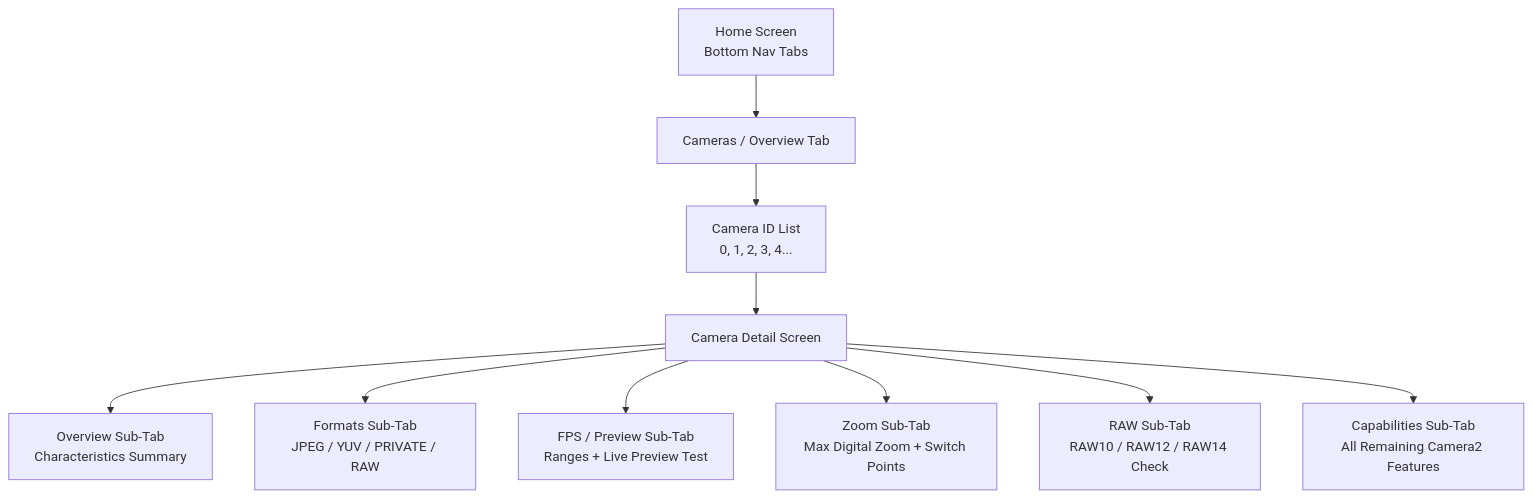
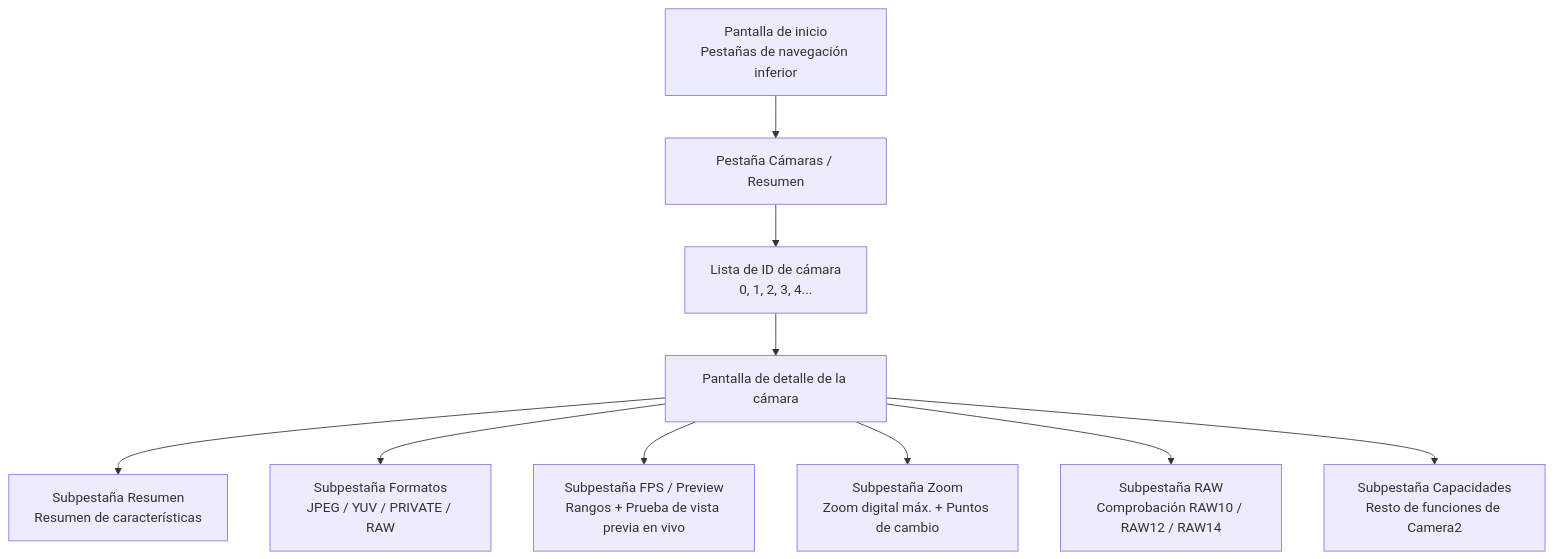
The second of 2 diagrams in website/i18n/es/docusaurus-plugin-content-docs/current/camera2/exploring-your-phones-camera.md (zoozooll/AndroidCameraParameters), drawn with Mermaid before and after one commit. The commit also changed other lines of this file and 378 other files, not shown here.

````diff
--- a/website/i18n/es/docusaurus-plugin-content-docs/current/camera2/exploring-your-phones-camera.md
+++ b/website/i18n/es/docusaurus-plugin-content-docs/current/camera2/exploring-your-phones-camera.md
@@ -204,12 +204,12 @@
 ```mermaid
 flowchart TD
-    A[Home Screen\nBottom Nav Tabs] --> B[Cameras / Overview Tab]
-    B --> C[Camera ID List\n0, 1, 2, 3, 4...]
-    C --> D[Camera Detail Screen]
-    D --> E[Overview Sub-Tab\nCharacteristics Summary]
-    D --> F[Formats Sub-Tab\nJPEG / YUV / PRIVATE / RAW]
-    D --> G[FPS / Preview Sub-Tab\nRanges + Live Preview Test]
-    D --> H[Zoom Sub-Tab\nMax Digital Zoom + Switch Points]
-    D --> I[RAW Sub-Tab\nRAW10 / RAW12 / RAW14 Check]
-    D --> J[Capabilities Sub-Tab\nAll Remaining Camera2 Features]
+    A["Pantalla de inicio<br/>Pestañas de navegación inferior"] --> B["Pestaña Cámaras / Resumen"]
+    B --> C[Lista de ID de cámara<br/>0, 1, 2, 3, 4...]
+    C --> D[Pantalla de detalle de la cámara]
+    D --> E[Subpestaña Resumen<br/>Resumen de características]
+    D --> F[Subpestaña Formatos<br/>JPEG / YUV / PRIVATE / RAW]
+    D --> G[Subpestaña FPS / Preview<br/>Rangos + Prueba de vista previa en vivo]
+    D --> H[Subpestaña Zoom<br/>Zoom digital máx. + Puntos de cambio]
+    D --> I[Subpestaña RAW<br/>Comprobación RAW10 / RAW12 / RAW14]
+    D --> J[Subpestaña Capacidades<br/>Resto de funciones de Camera2]
 ```
````
